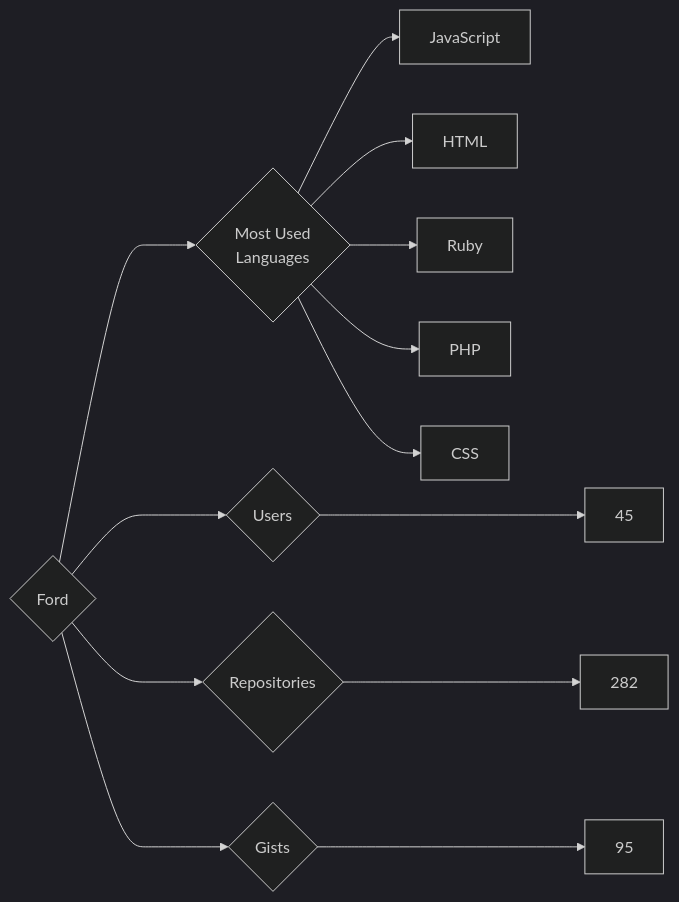
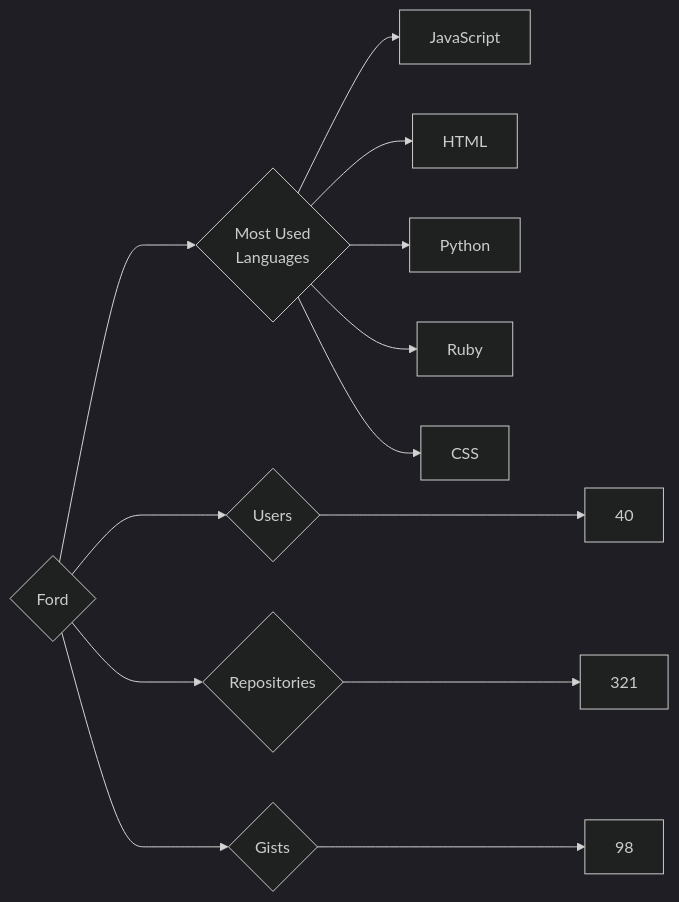
The diagram in targets/Ford/README.md (trickest/insiders), drawn with Mermaid (dark theme) before and after one commit. The commit also changed 930 other files, not shown here.

````diff
--- a/targets/Ford/README.md
+++ b/targets/Ford/README.md
@@ -3,13 +3,13 @@
 ```mermaid
 graph LR
 COMPANY_NAME{Ford}
-COMPANY_NAME ---> U{Users} ---> UN[45]
-COMPANY_NAME ---> R{Repositories} ---> RN[282]
-COMPANY_NAME ---> G{Gists} ---> GN[95]
+COMPANY_NAME ---> U{Users} ---> UN[40]
+COMPANY_NAME ---> R{Repositories} ---> RN[321]
+COMPANY_NAME ---> G{Gists} ---> GN[98]
 COMPANY_NAME ---> ML{Most Used<br>Languages}
 ML --> JavaScript[JavaScript]
 ML --> HTML[HTML]
+ML --> Python[Python]
 ML --> Ruby[Ruby]
-ML --> PHP[PHP]
 ML --> CSS[CSS]
 ```
````
